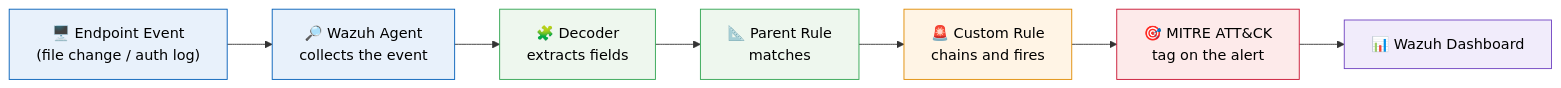
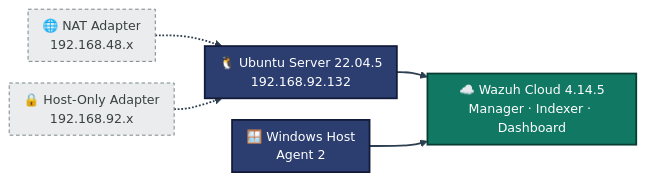
One commit to malaika-azhar/Cybersecurity-Lab-Projects changed the first of 4 diagrams in 3-Advanced-Cyber-Projects/README.md. Above: the diagram before and after it, drawn with Mermaid. The commit also changed other lines of this file, not shown here.

````diff
--- a/3-Advanced-Cyber-Projects/README.md
+++ b/3-Advanced-Cyber-Projects/README.md
@@ -65,17 +136,12 @@
 ```mermaid
+%%{init: {'theme': 'base', 'themeVariables': {'fontSize': '14px'}, 'flowchart': {'nodeSpacing': 24, 'rankSpacing': 34, 'padding': 8}}}%%
 flowchart LR
-    A["🖥️ Endpoint Event<br/>(file change / auth log)"] --> B["🔎 Wazuh Agent<br/>collects the event"]
-    B --> C["🧩 Decoder<br/>extracts fields"]
-    C --> D["📐 Parent Rule<br/>matches"]
-    D --> E["🚨 Custom Rule<br/>chains and fires"]
-    E --> F["🎯 MITRE ATT&CK<br/>tag on the alert"]
-    F --> G["📊 Wazuh Dashboard"]
-
-    style A fill:#e8f1fb,stroke:#005EB8,color:#000
-    style B fill:#e8f1fb,stroke:#005EB8,color:#000
-    style C fill:#eef7ee,stroke:#2ea44f,color:#000
-    style D fill:#eef7ee,stroke:#2ea44f,color:#000
-    style E fill:#fff4e5,stroke:#e08a00,color:#000
-    style F fill:#fdeaea,stroke:#C8102E,color:#000
-    style G fill:#f1ecfb,stroke:#6f42c1,color:#000
+    UB["🐧 Ubuntu Server 22.04.5<br/>192.168.92.132"]:::vm --> WZ["☁️ Wazuh Cloud 4.14.5<br/>Manager · Indexer · Dashboard"]:::siem
+    WH["🪟 Windows Host<br/>Agent 2"]:::vm --> WZ
+    NAT["🌐 NAT Adapter<br/>192.168.48.x"]:::net -.-> UB
+    HO["🔒 Host-Only Adapter<br/>192.168.92.x"]:::net -.-> UB
+    classDef vm fill:#2C3E70,stroke:#131B3A,stroke-width:2px,color:#FFFFFF
+    classDef siem fill:#117864,stroke:#083D33,stroke-width:2px,color:#FFFFFF
+    classDef net fill:#EAECEE,stroke:#707B7C,color:#3B4142,stroke-dasharray: 4 3
+    linkStyle default stroke:#2C3E50,stroke-width:2px
 ```
````
